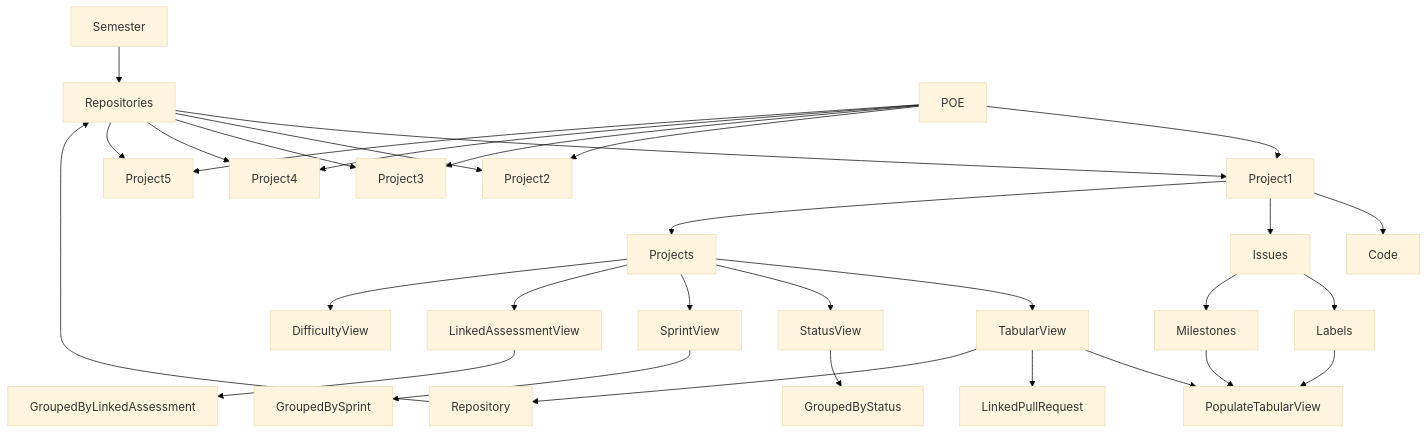
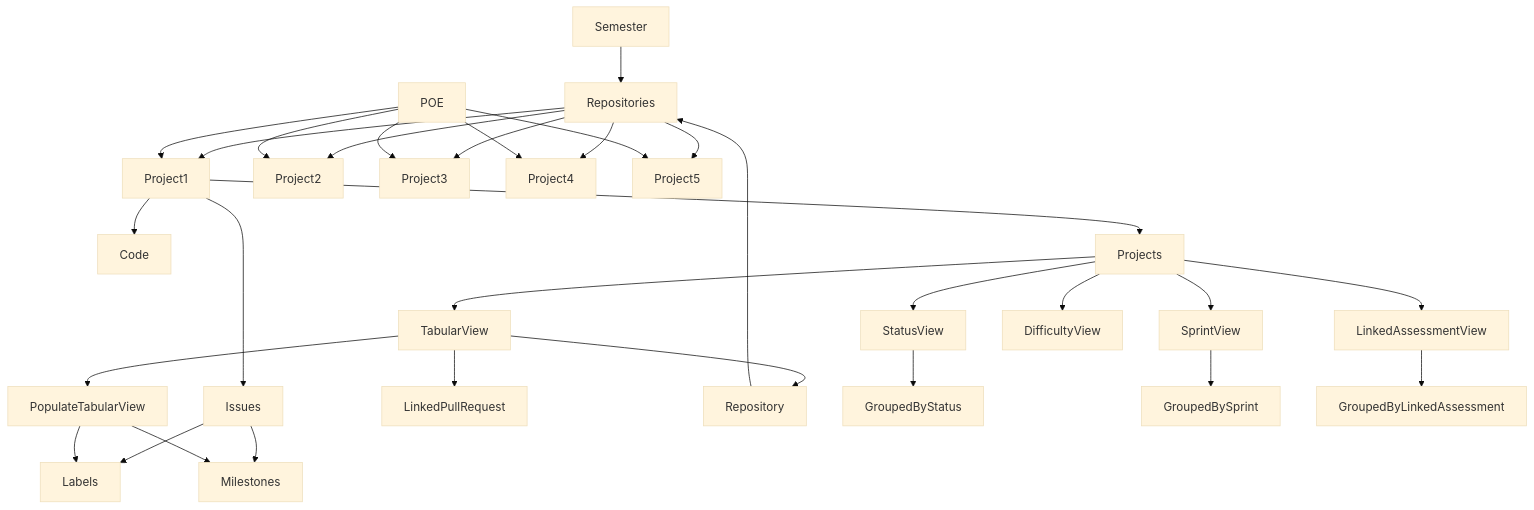
The diagram in README.md (Mosotho888/CMPG-323-Overview---35551178), drawn with Mermaid (base theme) before and after one commit.

````diff
--- a/README.md
+++ b/README.md
@@ -12,33 +12,33 @@
 ```mermaid
 graph TB;
       Semester-->Repositories;
       Repositories-->Project1;
       Repositories-->Project2;
       Repositories-->Project3;
       Repositories-->Project4;
       Repositories-->Project5;
       POE-->Project1;
       POE-->Project2;
       POE-->Project3;
       POE-->Project4;
       POE-->Project5;
       Project1-->Code;
       Project1-->Issues;
       Project1-->Projects;
       Issues-->Labels;
       Issues-->Milestones;
       Projects-->TabularView;
       Projects-->StatusView;
       Projects-->SprintView;
       Projects-->LinkedAssessmentView;
       Projects-->DifficultyView;
       TabularView-->PopulateTabularView;
       TabularView-->LinkedPullRequest;
       TabularView-->Repository;
-      Milestones-->PopulateTabularView;
-      Labels-->PopulateTabularView;
+      PopulateTabularView-->Milestones;
+      PopulateTabularView-->Labels;
       StatusView-->GroupedByStatus;
       SprintView-->GroupedBySprint;
       LinkedAssessmentView-->GroupedByLinkedAssessment;
       Repository-->Repositories;
 ```
````
